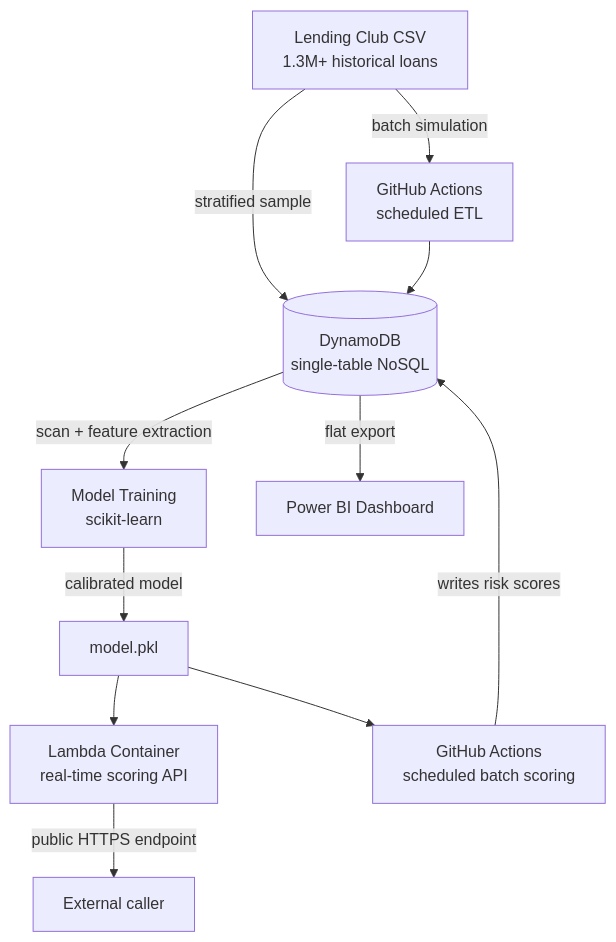
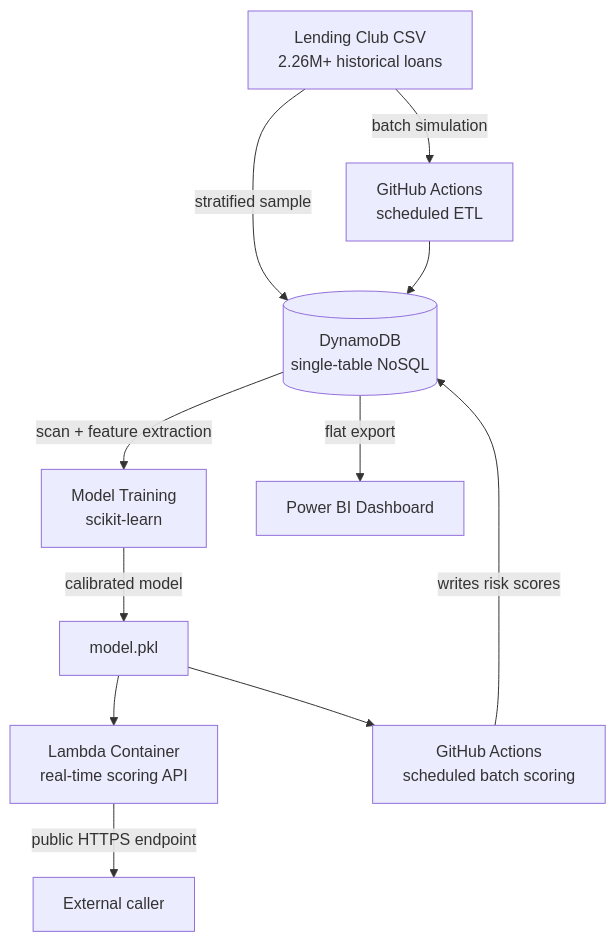
The diagram in README.md (bremschah2/credit-risk-platform), drawn with Mermaid before and after one commit. The commit also changed other lines of this file and 1 other file, not shown here.

````diff
--- a/README.md
+++ b/README.md
@@ -61,13 +66,13 @@
 ```mermaid
 flowchart TD
-    A[Lending Club CSV<br/>1.3M+ historical loans] -->|stratified sample| B[(DynamoDB<br/>single-table NoSQL)]
+    A[Lending Club CSV<br/>2.26M+ historical loans] -->|stratified sample| B[(DynamoDB<br/>single-table NoSQL)]
     A -->|batch simulation| C[GitHub Actions<br/>scheduled ETL]
     C --> B
     B -->|scan + feature extraction| D[Model Training<br/>scikit-learn]
     D -->|calibrated model| E[model.pkl]
     E --> F[Lambda Container<br/>real-time scoring API]
     E --> G[GitHub Actions<br/>scheduled batch scoring]
     G -->|writes risk scores| B
     B -->|flat export| H[Power BI Dashboard]
     F -->|public HTTPS endpoint| I[External caller]
 ```
````
